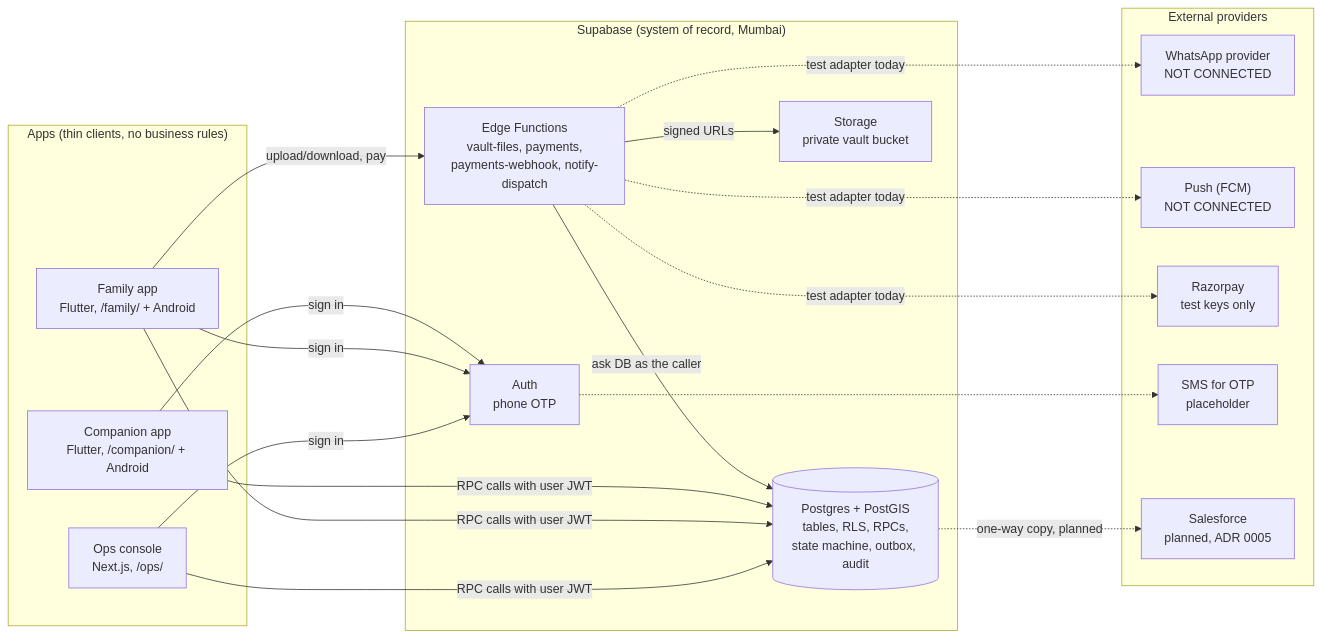
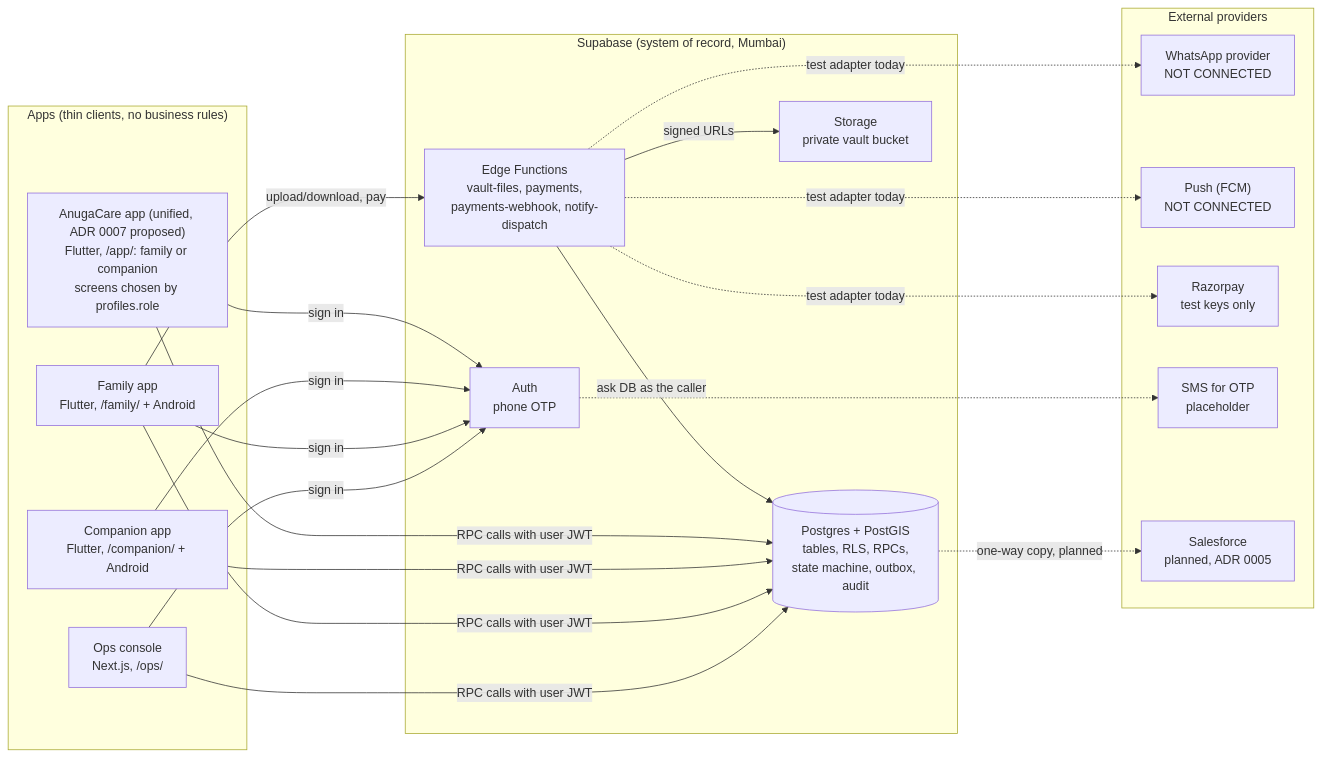
One commit to iamnawin/anuga changed the first of 3 diagrams in docs/ARCHITECTURE.md. Above: the diagram before and after it, drawn with Mermaid. The commit also changed other lines of this file and 4 other files, not shown here.

Commit message:
docs: Create trips, demo refresh and the unified app in architecture and setup

````diff
--- a/docs/ARCHITECTURE.md
+++ b/docs/ARCHITECTURE.md
@@ -8,29 +8,30 @@
 ```mermaid
 flowchart LR
   subgraph Apps["Apps (thin clients, no business rules)"]
     OPS["Ops console<br/>Next.js, /ops/"]
     FAM["Family app<br/>Flutter, /family/ + Android"]
     COM["Companion app<br/>Flutter, /companion/ + Android"]
+    UNI["AnugaCare app (unified, ADR 0007 proposed)<br/>Flutter, /app/: family or companion<br/>screens chosen by profiles.role"]
   end
   subgraph SB["Supabase (system of record, Mumbai)"]
     AUTH["Auth<br/>phone OTP"]
     DB[("Postgres + PostGIS<br/>tables, RLS, RPCs,<br/>state machine, outbox, audit")]
     ST["Storage<br/>private vault bucket"]
     EF["Edge Functions<br/>vault-files, payments,<br/>payments-webhook, notify-dispatch"]
   end
   subgraph EXT["External providers"]
     WA["WhatsApp provider<br/>NOT CONNECTED"]
     FCM["Push (FCM)<br/>NOT CONNECTED"]
     RZP["Razorpay<br/>test keys only"]
     SMS["SMS for OTP<br/>placeholder"]
     SF["Salesforce<br/>planned, ADR 0005"]
   end
-  OPS & FAM & COM -->|sign in| AUTH
-  OPS & FAM & COM -->|RPC calls with user JWT| DB
+  OPS & FAM & COM & UNI -->|sign in| AUTH
+  OPS & FAM & COM & UNI -->|RPC calls with user JWT| DB
   FAM -->|upload/download, pay| EF
   EF -->|ask DB as the caller| DB
   EF -->|signed URLs| ST
   EF -.->|test adapter today| WA & FCM & RZP
   AUTH -.-> SMS
   DB -.->|one-way copy, planned| SF
 ```
````
